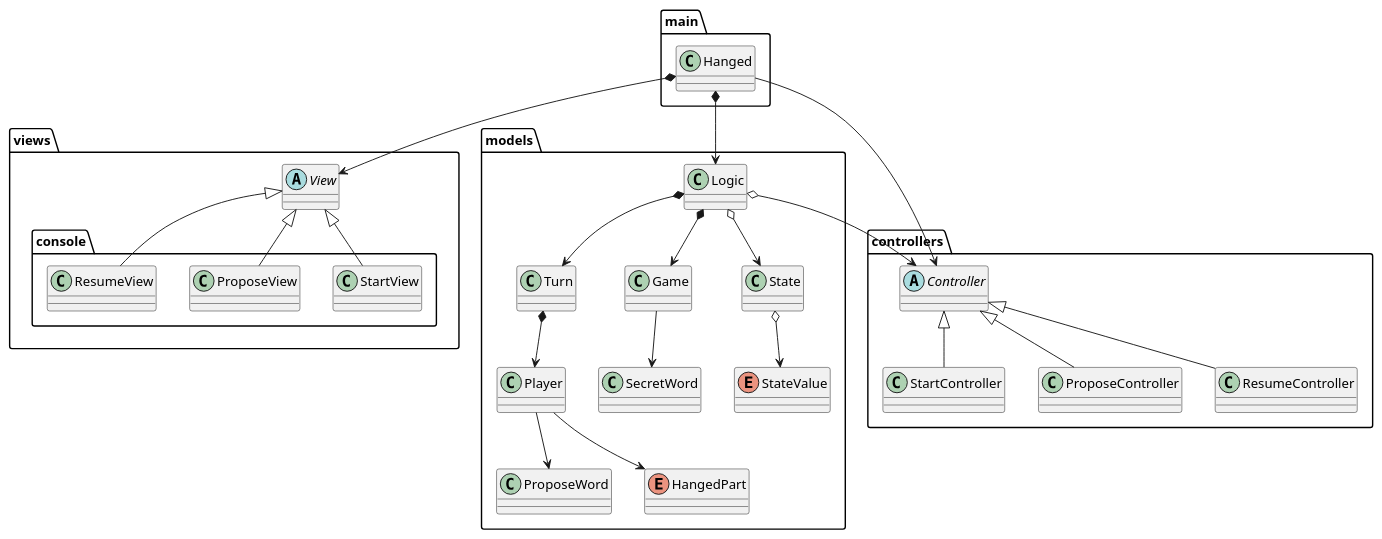
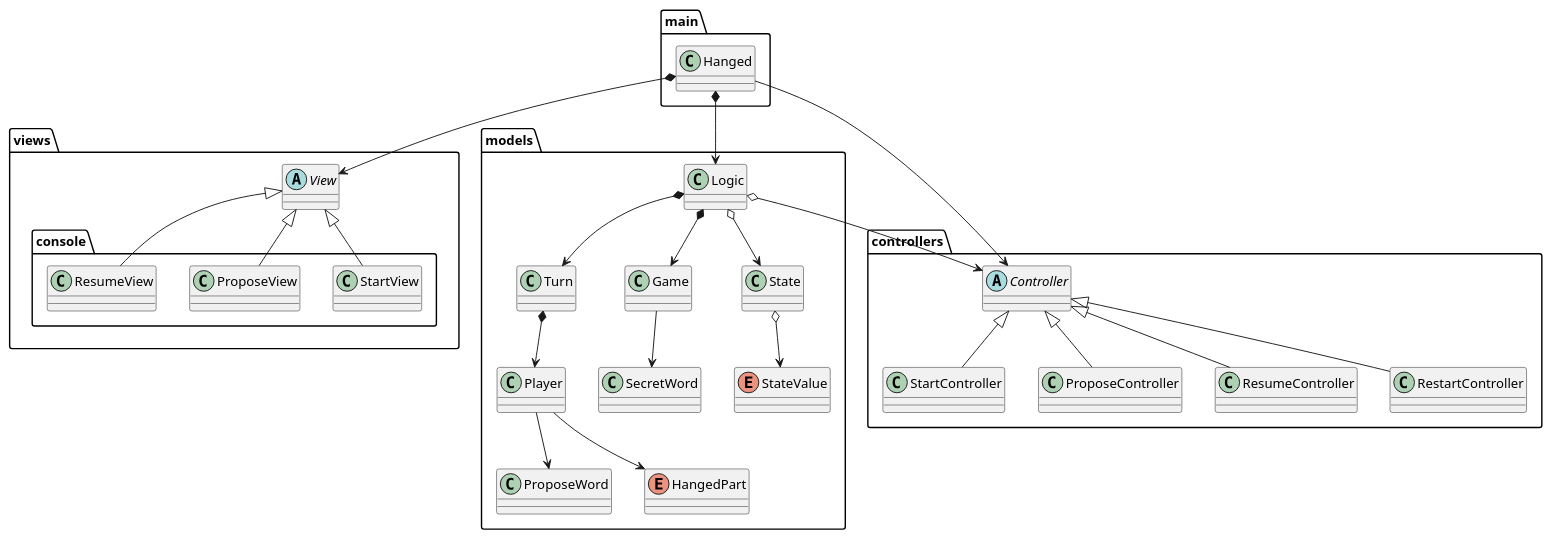
Before and after one commit to jumpering/Hanged: the diagram in requirements/puml/MVC.puml, drawn with PlantUML. The commit also changed 9 other files, not shown here.

```diff
--- a/requirements/puml/MVC.puml
+++ b/requirements/puml/MVC.puml
@@ -1,63 +1,66 @@
 @startuml
 package "main" {
 class Hanged
 }
 
 package "views"{
 abstract class View
     package "console" {
         class StartView
         class ProposeView
         class ResumeView
     }
 }
 
 package "controllers"{
 abstract class Controller
 class StartController
 class ProposeController
 class ResumeController
+class RestartController
 
 }
 
 
 package "models" {
 class Logic
 class ProposeWord
 class SecretWord
 enum HangedPart
 class Turn
 class Player
 class Game
 class State
 enum StateValue
 }
 
 Logic *--> Game
 
 Hanged *--> View
 Hanged *--> Logic
 Hanged --> Controller
 
 Logic o--> Controller
 View <|-- StartView
 View <|-- ProposeView
 View <|-- ResumeView
 
 Controller <|-- StartController
 Controller <|-- ProposeController
 Controller <|-- ResumeController
+Controller <|-- RestartController
+
 
 Logic *--> Turn
 Logic o--> State
 State o--> StateValue
 
 Turn *--> Player
 Player --> ProposeWord
 Player --> HangedPart
 
 Game --> SecretWord
 
 
 
 @enduml
```
